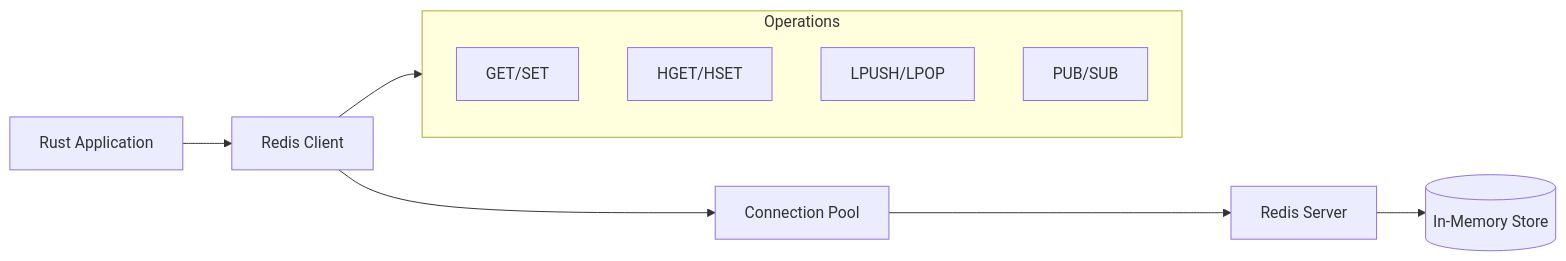
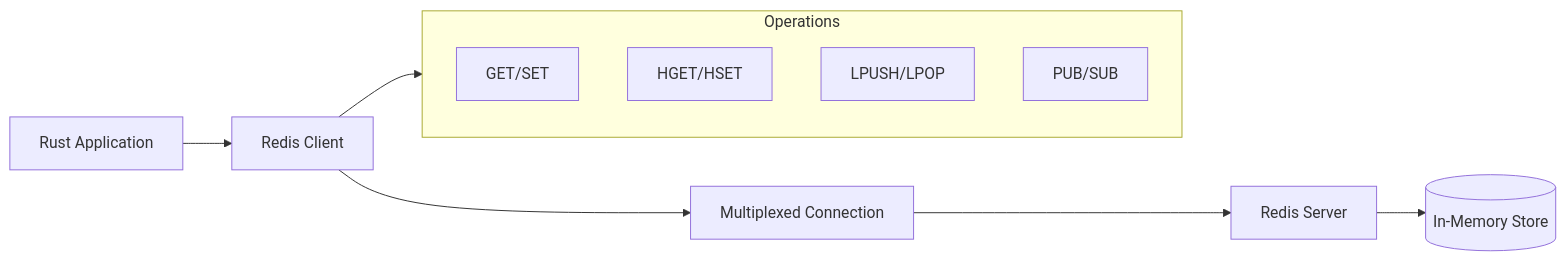
Before and after one commit to OneUptime/blog: the first of 3 diagrams in posts/2026-01-26-rust-redis-integration/README.md, drawn with Mermaid. The commit also changed other lines of this file and 2 other files, not shown here.

````diff
--- a/posts/2026-01-26-rust-redis-integration/README.md
+++ b/posts/2026-01-26-rust-redis-integration/README.md
@@ -45,16 +46,16 @@
 ```mermaid
 flowchart LR
     A[Rust Application] --> B[Redis Client]
-    B --> C[Connection Pool]
+    B --> C[Multiplexed Connection]
     C --> D[Redis Server]
     D --> E[(In-Memory Store)]
 
     subgraph Operations
         F[GET/SET]
         G[HGET/HSET]
         H[LPUSH/LPOP]
         I[PUB/SUB]
     end
 
     B --> Operations
 ```
````
